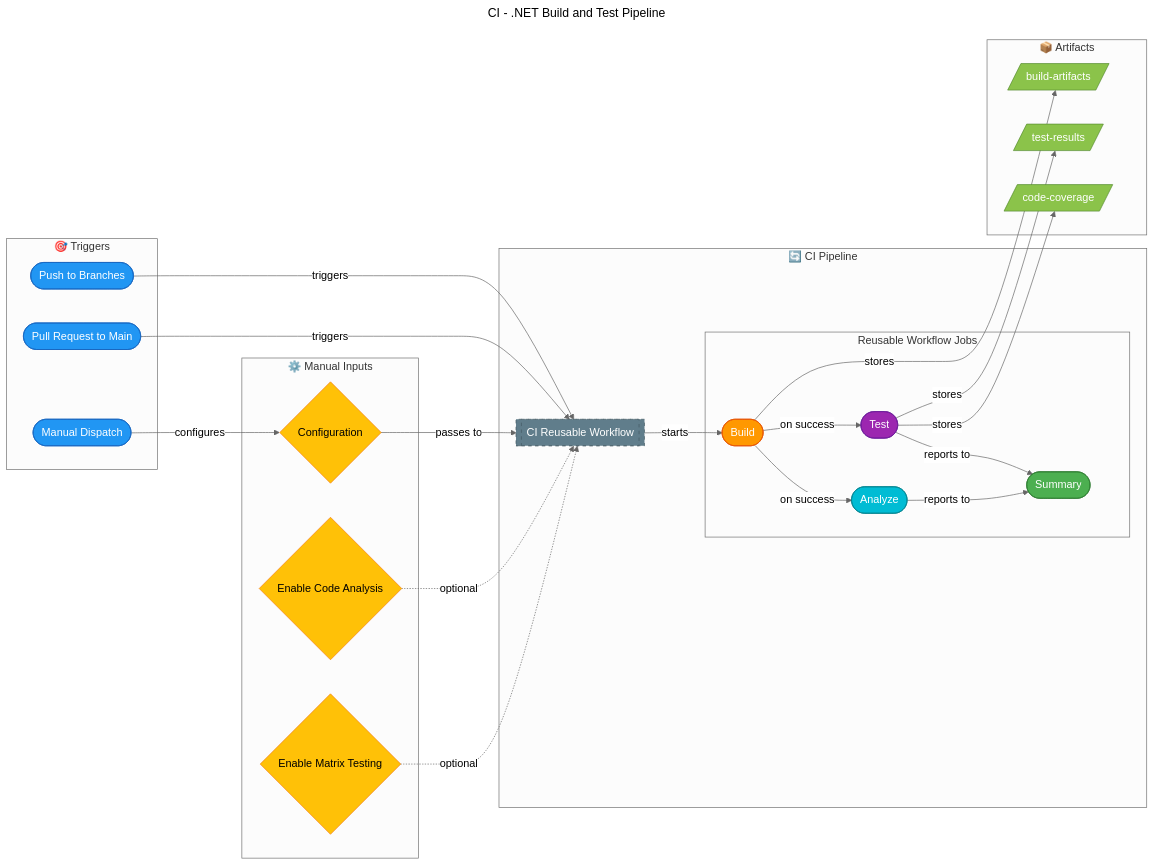
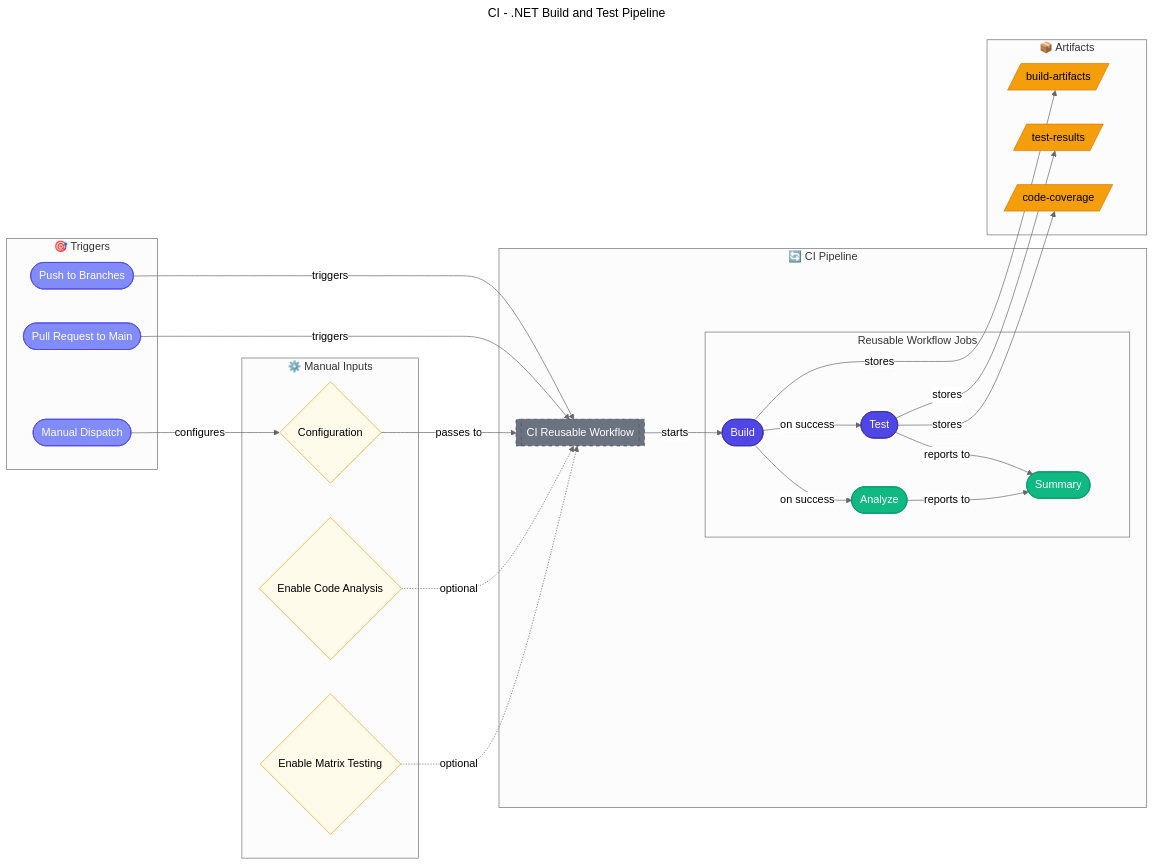
One commit to Evilazaro/Azure-LogicApps-Monitoring changed the diagram in docs/devops/ci-dotnet.md. Above: the diagram before and after it, drawn with Mermaid (neutral theme). The commit also changed 3 other files, not shown here.

Commit message:
docs: Update diagram styling definitions for improved clarity and consistency across DevOps documentation

````diff
--- a/docs/devops/ci-dotnet.md
+++ b/docs/devops/ci-dotnet.md
@@ -96,30 +96,24 @@
     test -->|stores| cov_art
 
     %% ===== STYLING DEFINITIONS =====
-    %% Triggers: Blue - entry points
-    classDef trigger fill:#2196F3,stroke:#1565C0,color:#FFFFFF
-    %% Inputs: Yellow - user decisions
-    classDef input fill:#FFC107,stroke:#F57F17,color:#000000
-    %% Reusable workflows: Gray dashed - external calls
-    classDef reusable fill:#607D8B,stroke:#455A64,color:#FFFFFF,stroke-dasharray: 5 5
-    %% Build steps: Orange - compilation
-    classDef build fill:#FF9800,stroke:#E65100,color:#FFFFFF
-    %% Test steps: Purple - testing
-    classDef test fill:#9C27B0,stroke:#6A1B9A,color:#FFFFFF
-    %% Analyze steps: Cyan - code analysis
-    classDef analyze fill:#00BCD4,stroke:#00838F,color:#FFFFFF
-    %% Summary: Green - reporting
-    classDef summary fill:#4CAF50,stroke:#2E7D32,color:#FFFFFF
-    %% Artifacts: Light green - stored files
-    classDef artifact fill:#8BC34A,stroke:#558B2F,color:#FFFFFF
+    %% Primary components: Indigo - main processes/services
+    classDef primary fill:#4F46E5,stroke:#3730A3,color:#FFFFFF
+    %% Secondary components: Emerald - secondary elements
+    classDef secondary fill:#10B981,stroke:#059669,color:#FFFFFF
+    %% Data stores: Amber - artifacts and outputs
+    classDef datastore fill:#F59E0B,stroke:#D97706,color:#000000
+    %% External systems: Gray - reusable/external calls
+    classDef external fill:#6B7280,stroke:#4B5563,color:#FFFFFF,stroke-dasharray: 5 5
+    %% Triggers: Indigo light - entry points
+    classDef trigger fill:#818CF8,stroke:#4F46E5,color:#FFFFFF
+    %% Decision points: Amber outline - conditional logic
+    classDef decision fill:#FFFBEB,stroke:#F59E0B,color:#000000
 
     %% Apply styles to nodes
     class push,pr,manual trigger
-    class config,analysis,matrix input
-    class ci_call reusable
-    class build build
-    class test test
-    class analyze analyze
-    class summary summary
-    class build_art,test_art,cov_art artifact
+    class config,analysis,matrix decision
+    class ci_call external
+    class build,test primary
+    class analyze,summary secondary
+    class build_art,test_art,cov_art datastore
 ```
````
